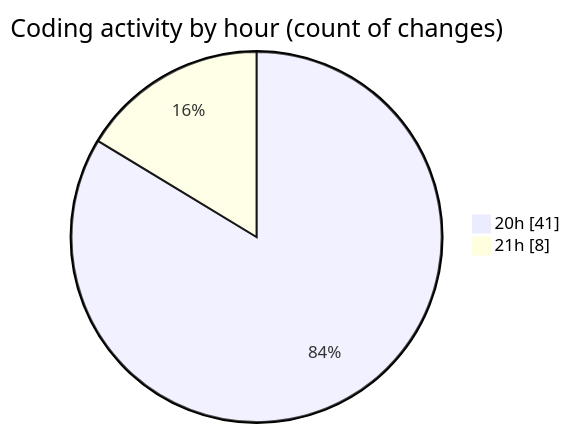
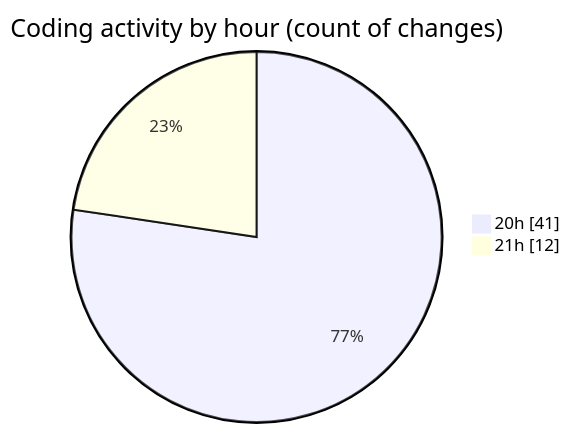
One commit to EIIisD/code-tracking changed the second of 2 diagrams in 2025-08-23/_claude/README.md. Above: the diagram before and after it, drawn with Mermaid. The commit also changed other lines of this file and 1 other file, not shown here.

````diff
--- a/2025-08-23/_claude/README.md
+++ b/2025-08-23/_claude/README.md
@@ -36,6 +37,6 @@
 ```mermaid
 pie showData
 title Coding activity by hour (count of changes)
 "20h" : 41
-"21h" : 8
+"21h" : 12
 ```
````
